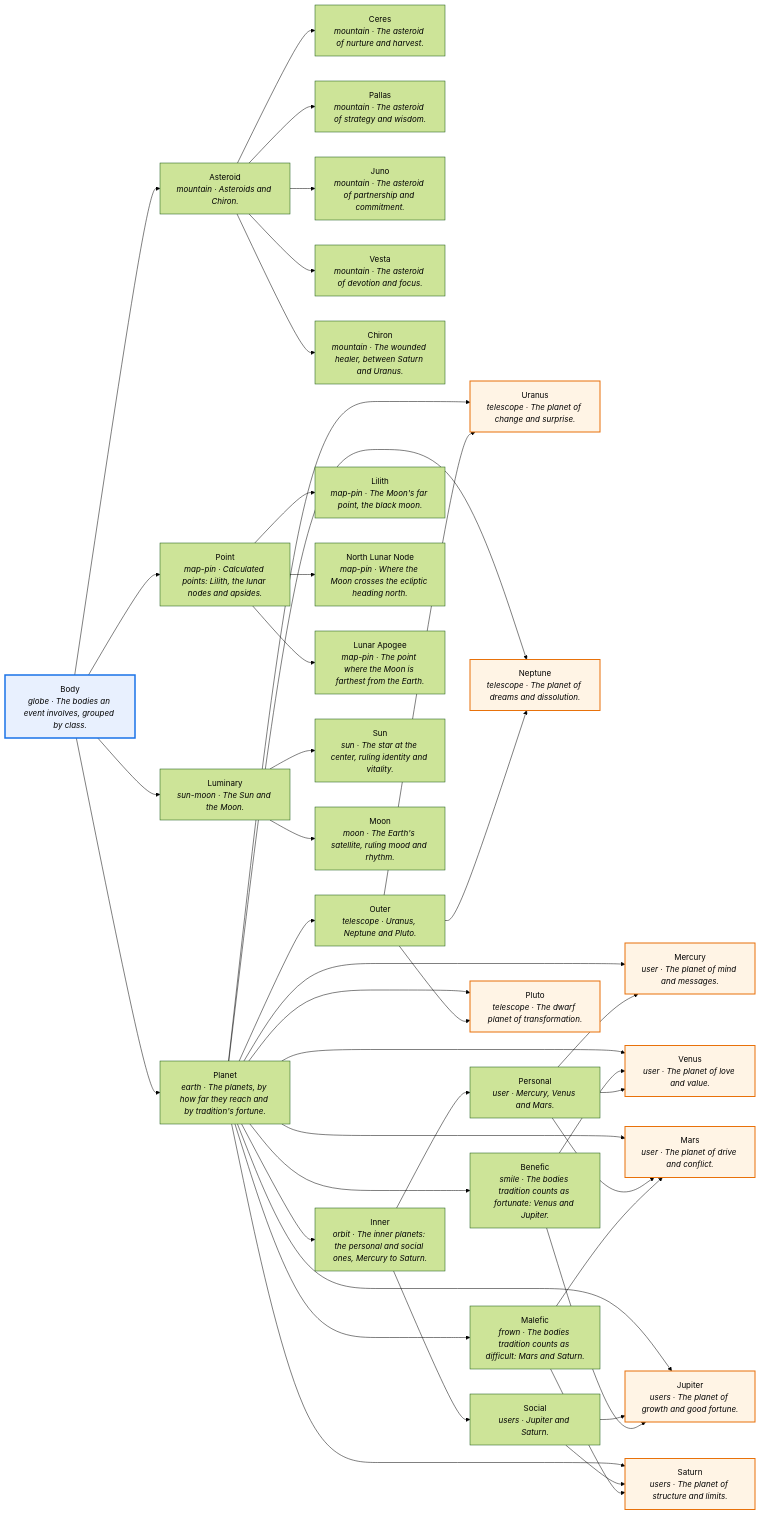
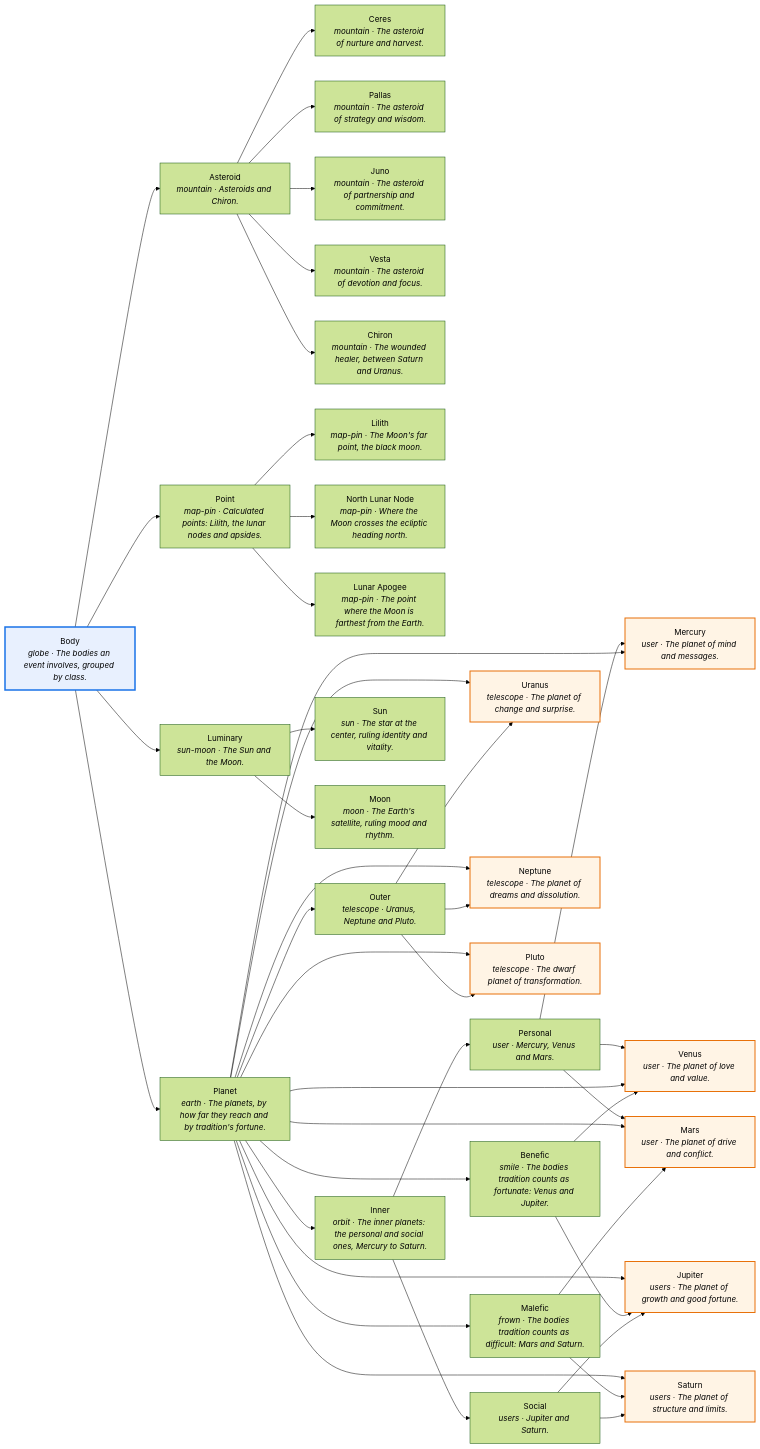
The seventh of 8 diagrams in projects/caelundas/caelundas-db/documentation/tag-tree-flowchart-data.md (organizzolini/codebase), drawn with Mermaid (forest theme) before and after one commit. The commit also changed other lines of this file and 57 other files, not shown here.

````diff
--- a/projects/caelundas/caelundas-db/documentation/tag-tree-flowchart-data.md
+++ b/projects/caelundas/caelundas-db/documentation/tag-tree-flowchart-data.md
@@ -135,18 +144,18 @@
 ```mermaid
 flowchart LR
     classDef root fill:#e8f0fe,stroke:#1a73e8,stroke-width:3px
     classDef shared fill:#fff4e5,stroke:#e8710a,stroke-width:2px
-    n203["Asteroid<br/><i>mountain · Asteroids and Chiron.</i>"] --> n111["Ceres<br/><i>mountain · The asteroid of nurture and harvest.</i>"] & n177["Pallas<br/><i>mountain · The asteroid of strategy and wisdom.</i>"] & n215["Juno<br/><i>mountain · The asteroid of partnership and commitment.</i>"] & n252["Vesta<br/><i>mountain · The asteroid of devotion and focus.</i>"] & n257["Chiron<br/><i>mountain · The wounded healer, between Saturn and Uranus.</i>"]
-    n180["Planet<br/><i>earth · The planets, by how far they reach and by tradition's fortune.</i>"] --> n122["Inner<br/><i>orbit · The inner planets: the personal and social ones, Mercury to Saturn.</i>"] & n123["Jupiter<br/><i>users · The planet of growth and good fortune.</i>"] & n128["Mercury<br/><i>user · The planet of mind and messages.</i>"] & n152["Uranus<br/><i>telescope · The planet of change and surprise.</i>"] & n174["Neptune<br/><i>telescope · The planet of dreams and dissolution.</i>"] & n176["Outer<br/><i>telescope · Uranus, Neptune and Pluto.</i>"] & n184["Saturn<br/><i>users · The planet of structure and limits.</i>"] & n194["Venus<br/><i>user · The planet of love and value.</i>"] & n205["Benefic<br/><i>smile · The bodies tradition counts as fortunate: Venus and Jupiter.</i>"] & n216["Mars<br/><i>user · The planet of drive and conflict.</i>"] & n224["Pluto<br/><i>telescope · The dwarf planet of transformation.</i>"] & n241["Malefic<br/><i>frown · The bodies tradition counts as difficult: Mars and Saturn.</i>"]
-    n189["Social<br/><i>users · Jupiter and Saturn.</i>"] --> n123 & n184
-    n205 --> n123 & n194
-    n245["Point<br/><i>map-pin · Calculated points: Lilith, the lunar nodes and apsides.</i>"] --> n124["Lilith<br/><i>map-pin · The Moon's far point, the black moon.</i>"] & n175["North Lunar Node<br/><i>map-pin · Where the Moon crosses the ecliptic heading north.</i>"] & n240["Lunar Apogee<br/><i>map-pin · The point where the Moon is farthest from the Earth.</i>"]
-    n157["Body<br/><i>globe · The bodies an event involves, grouped by class.</i>"] --> n125["Luminary<br/><i>sun-moon · The Sun and the Moon.</i>"] & n180 & n203 & n245
-    n135["Personal<br/><i>user · Mercury, Venus and Mars.</i>"] --> n128 & n194 & n216
-    n122 --> n135 & n189
-    n125 --> n147["Sun<br/><i>sun · The star at the center, ruling identity and vitality.</i>"] & n171["Moon<br/><i>moon · The Earth's satellite, ruling mood and rhythm.</i>"]
-    n176 --> n152 & n174 & n224
-    n241 --> n184 & n216
-    class n157 root
-    class n123,n128,n152,n174,n184,n194,n216,n224 shared
+    n199["Asteroid<br/><i>mountain · Asteroids and Chiron.</i>"] --> n110["Ceres<br/><i>mountain · The asteroid of nurture and harvest.</i>"] & n175["Pallas<br/><i>mountain · The asteroid of strategy and wisdom.</i>"] & n210["Juno<br/><i>mountain · The asteroid of partnership and commitment.</i>"] & n249["Vesta<br/><i>mountain · The asteroid of devotion and focus.</i>"] & n254["Chiron<br/><i>mountain · The wounded healer, between Saturn and Uranus.</i>"]
+    n241["Point<br/><i>map-pin · Calculated points: Lilith, the lunar nodes and apsides.</i>"] --> n120["Lilith<br/><i>map-pin · The Moon's far point, the black moon.</i>"] & n174["North Lunar Node<br/><i>map-pin · Where the Moon crosses the ecliptic heading north.</i>"] & n237["Lunar Apogee<br/><i>map-pin · The point where the Moon is farthest from the Earth.</i>"]
+    n155["Body<br/><i>globe · The bodies an event involves, grouped by class.</i>"] --> n121["Luminary<br/><i>sun-moon · The Sun and the Moon.</i>"] & n178["Planet<br/><i>earth · The planets, by how far they reach and by tradition's fortune.</i>"] & n199 & n241
+    n131["Personal<br/><i>user · Mercury, Venus and Mars.</i>"] --> n124["Mercury<br/><i>user · The planet of mind and messages.</i>"] & n190["Venus<br/><i>user · The planet of love and value.</i>"] & n211["Mars<br/><i>user · The planet of drive and conflict.</i>"]
+    n178 --> n124 & n190 & n211 & n235["Jupiter<br/><i>users · The planet of growth and good fortune.</i>"] & n269["Saturn<br/><i>users · The planet of structure and limits.</i>"] & n280["Uranus<br/><i>telescope · The planet of change and surprise.</i>"] & n288["Neptune<br/><i>telescope · The planet of dreams and dissolution.</i>"] & n296["Pluto<br/><i>telescope · The dwarf planet of transformation.</i>"] & n302["Inner<br/><i>orbit · The inner planets: the personal and social ones, Mercury to Saturn.</i>"] & n307["Outer<br/><i>telescope · Uranus, Neptune and Pluto.</i>"] & n312["Benefic<br/><i>smile · The bodies tradition counts as fortunate: Venus and Jupiter.</i>"] & n314["Malefic<br/><i>frown · The bodies tradition counts as difficult: Mars and Saturn.</i>"]
+    n302 --> n131 & n185["Social<br/><i>users · Jupiter and Saturn.</i>"]
+    n121 --> n145["Sun<br/><i>sun · The star at the center, ruling identity and vitality.</i>"] & n171["Moon<br/><i>moon · The Earth's satellite, ruling mood and rhythm.</i>"]
+    n312 --> n190 & n235
+    n314 --> n211 & n269
+    n185 --> n235 & n269
+    n307 --> n280 & n288 & n296
+    class n155 root
+    class n124,n190,n211,n235,n269,n280,n288,n296 shared
 ```
````
